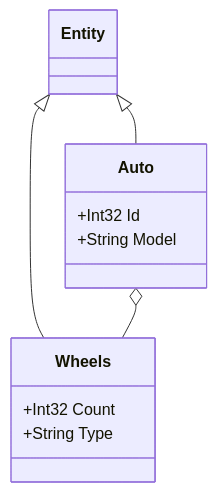
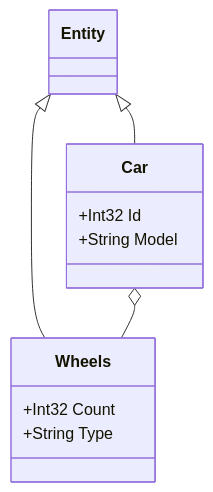
The diagram in docs/entities-inheritance-example.md (jespervandijk/mermaid-class-diagram-generator), drawn with Mermaid before and after one commit. The commit also changed other lines of this file, not shown here.

````diff
--- a/docs/entities-inheritance-example.md
+++ b/docs/entities-inheritance-example.md
@@ -42,16 +42,18 @@
 ```mermaid
 classDiagram
-class Auto{
+class Car{
   +Int32 Id
   +String Model
 }
 
 class Wheels{
   +Int32 Count
   +String Type
 }
 
-Entity <|-- Auto
+class Entity
+
 Entity <|-- Wheels
-Auto o-- Wheels
+Car o-- Wheels
+Entity <|-- Car
 ```
````
